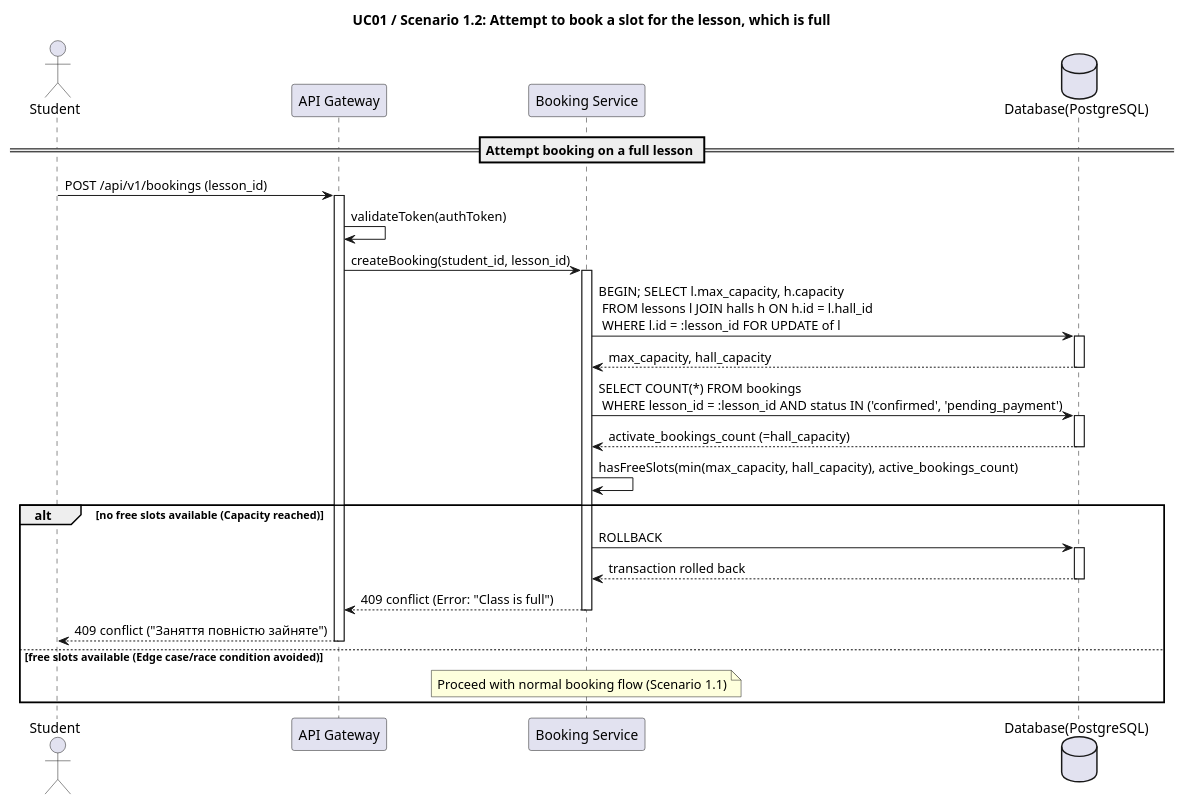
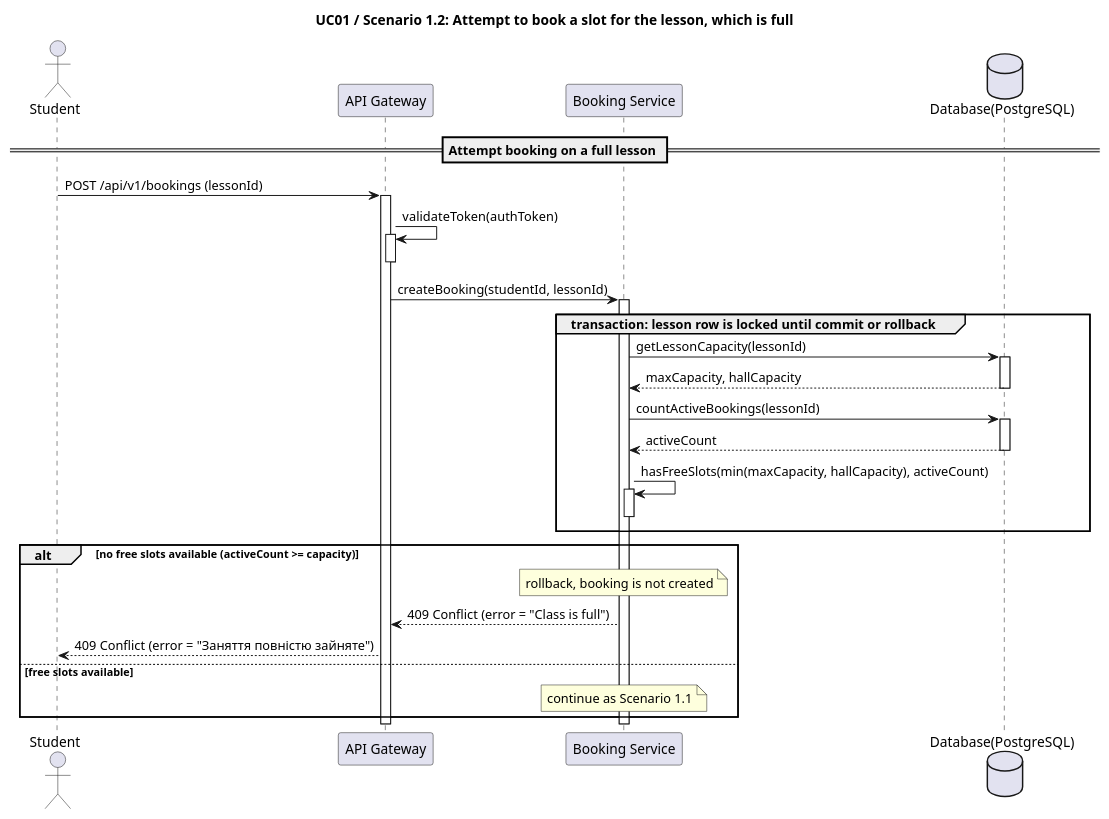
One commit to prashchukdanylo-stack/software-requirements-modeling-and-analysis changed the diagram in lab3/1.2.puml. Above: the diagram before and after it, drawn with PlantUML.

Commit message:
redone uml for 1.2 diagram

```diff
--- a/lab3/1.2.puml
+++ b/lab3/1.2.puml
@@ -1,44 +1,51 @@
 @startuml
 
 title UC01 / Scenario 1.2: Attempt to book a slot for the lesson, which is full
 
 
 actor "Student" as Student
 participant "API Gateway" as Gateway
 participant "Booking Service" as BookingService
 database "Database(PostgreSQL)" as DB
 
 == Attempt booking on a full lesson ==
-Student -> Gateway: POST /api/v1/bookings (lesson_id)
+Student -> Gateway: POST /api/v1/bookings (lessonId)
 activate Gateway
 
 Gateway -> Gateway: validateToken(authToken)
-Gateway -> BookingService: createBooking(student_id, lesson_id)
+activate Gateway
+deactivate Gateway
+
+
+Gateway -> BookingService: createBooking(studentId, lessonId)
 activate BookingService
 
-BookingService -> DB: BEGIN; SELECT l.max_capacity, h.capacity \n FROM lessons l JOIN halls h ON h.id = l.hall_id \n WHERE l.id = :lesson_id FOR UPDATE of l
-activate DB 
+group transaction: lesson row is locked until commit or rollback
 
-DB --> BookingService: max_capacity, hall_capacity
-deactivate DB
+    BookingService -> DB: getLessonCapacity(lessonId)
+    activate DB 
 
-BookingService -> DB: SELECT COUNT(*) FROM bookings \n WHERE lesson_id = :lesson_id AND status IN ('confirmed', 'pending_payment')
-activate DB
-DB --> BookingService: activate_bookings_count (=hall_capacity)
-deactivate DB
+    DB --> BookingService: maxCapacity, hallCapacity
+    deactivate DB
 
-BookingService -> BookingService: hasFreeSlots(min(max_capacity, hall_capacity), active_bookings_count)
+    BookingService -> DB: countActiveBookings(lessonId)
+    activate DB
+    DB --> BookingService: activeCount
+    deactivate DB
 
-alt no free slots available (Capacity reached)
-BookingService -> DB: ROLLBACK
-activate DB
-DB --> BookingService: transaction rolled back
-deactivate DB
-BookingService --> Gateway: 409 conflict (Error: "Class is full")
+    BookingService -> BookingService: hasFreeSlots(min(maxCapacity, hallCapacity), activeCount)
+    activate BookingService
+    deactivate BookingService
+end
+
+alt no free slots available (activeCount >= capacity)
+    note over BookingService: rollback, booking is not created
+    BookingService --> Gateway: 409 Conflict (error = "Class is full")
+    Gateway --> Student: 409 Conflict (error = "Заняття повністю зайняте")
+else free slots available
+    note over BookingService: continue as Scenario 1.1
+end
+
 deactivate BookingService
-Gateway --> Student: 409 conflict ("Заняття повністю зайняте")
 deactivate Gateway
-else free slots available (Edge case/race condition avoided)
-note over BookingService: Proceed with normal booking flow (Scenario 1.1)
-end
 @enduml
```
